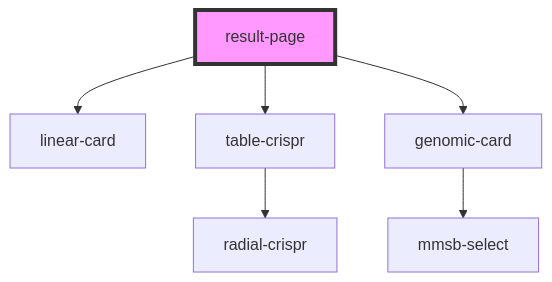
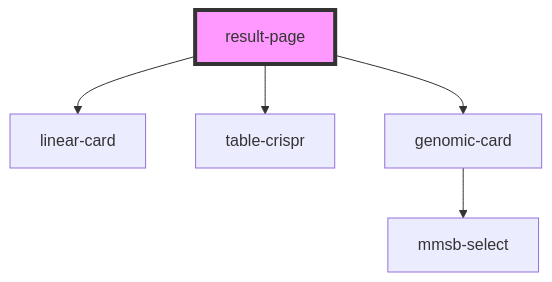
Before and after one commit to MMSB-MOBI/result_page_crispr: the diagram in src/components/my-component/readme.md, drawn with Mermaid. The commit also changed 1 other file, not shown here.

Commit message:
change module in package.json

````diff
--- a/src/components/my-component/readme.md
+++ b/src/components/my-component/readme.md
@@ -34,9 +34,8 @@
 ```mermaid
 graph TD;
   result-page --> linear-card
   result-page --> table-crispr
   result-page --> genomic-card
-  table-crispr --> radial-crispr
   genomic-card --> mmsb-select
   style result-page fill:#f9f,stroke:#333,stroke-width:4px
 ```
````
